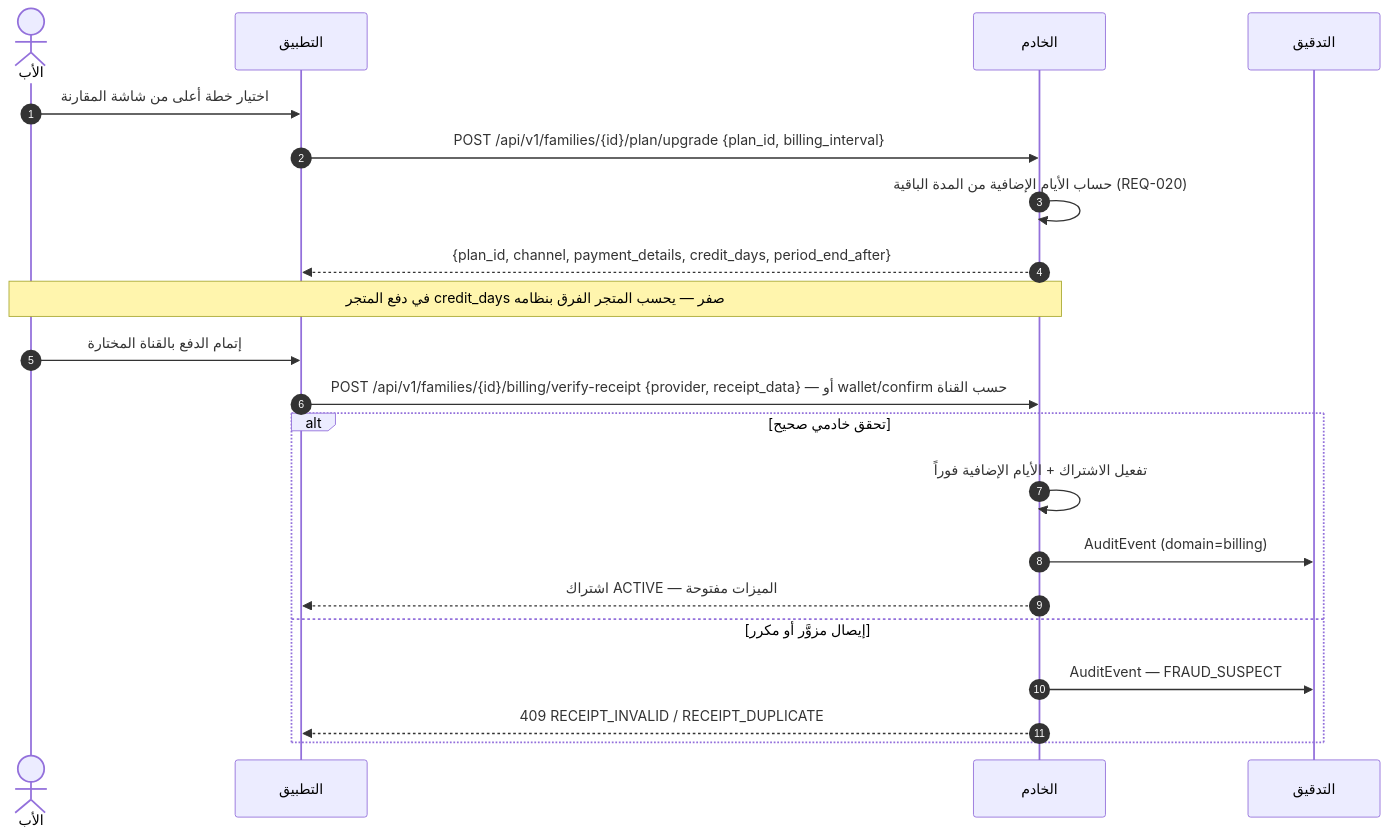
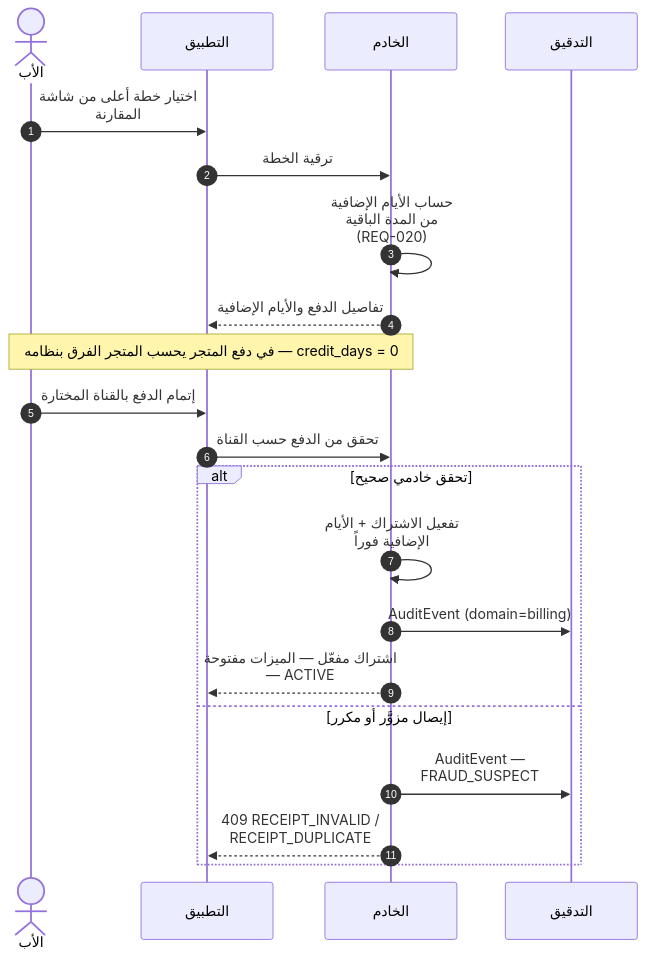
The tenth of 25 diagrams in docs/family-os/governance/phases/phase-1/S1-04-plans-and-subscriptions/DIAGRAMS.md (Bassam-mohammed-alqaeadi/family-os-v2), drawn with Mermaid before and after one commit. The commit also changed other lines of this file, not shown here.

````diff
--- a/docs/family-os/governance/phases/phase-1/S1-04-plans-and-subscriptions/DIAGRAMS.md
+++ b/docs/family-os/governance/phases/phase-1/S1-04-plans-and-subscriptions/DIAGRAMS.md
@@ -418,23 +438,24 @@
 ```mermaid
+%%{init: {"sequence": {"wrap": true}}}%%
 sequenceDiagram
     autonumber
     actor Father as الأب
     participant App as التطبيق
     participant Ktor as الخادم
     participant Audit as التدقيق
     Father->>App: اختيار خطة أعلى من شاشة المقارنة
-    App->>Ktor: POST /api/v1/families/{id}/plan/upgrade {plan_id, billing_interval}
+    App->>Ktor: ترقية الخطة
     Ktor->>Ktor: حساب الأيام الإضافية من المدة الباقية (REQ-020)
-    Ktor-->>App: {plan_id, channel, payment_details, credit_days, period_end_after}
-    Note over Father,Ktor: في دفع المتجر credit_days صفر — يحسب المتجر الفرق بنظامه
+    Ktor-->>App: تفاصيل الدفع والأيام الإضافية
+    Note over Father,Ktor: في دفع المتجر يحسب المتجر الفرق بنظامه — credit_days = 0
     Father->>App: إتمام الدفع بالقناة المختارة
-    App->>Ktor: POST /api/v1/families/{id}/billing/verify-receipt {provider, receipt_data} — أو wallet/confirm حسب القناة
+    App->>Ktor: تحقق من الدفع حسب القناة
     alt تحقق خادمي صحيح
         Ktor->>Ktor: تفعيل الاشتراك + الأيام الإضافية فوراً
         Ktor->>Audit: AuditEvent (domain=billing)
-        Ktor-->>App: اشتراك ACTIVE — الميزات مفتوحة
+        Ktor-->>App: اشتراك مفعّل — الميزات مفتوحة — ACTIVE
     else إيصال مزوَّر أو مكرر
         Ktor->>Audit: AuditEvent — FRAUD_SUSPECT
         Ktor-->>App: 409 RECEIPT_INVALID / RECEIPT_DUPLICATE
     end
 ```
````
